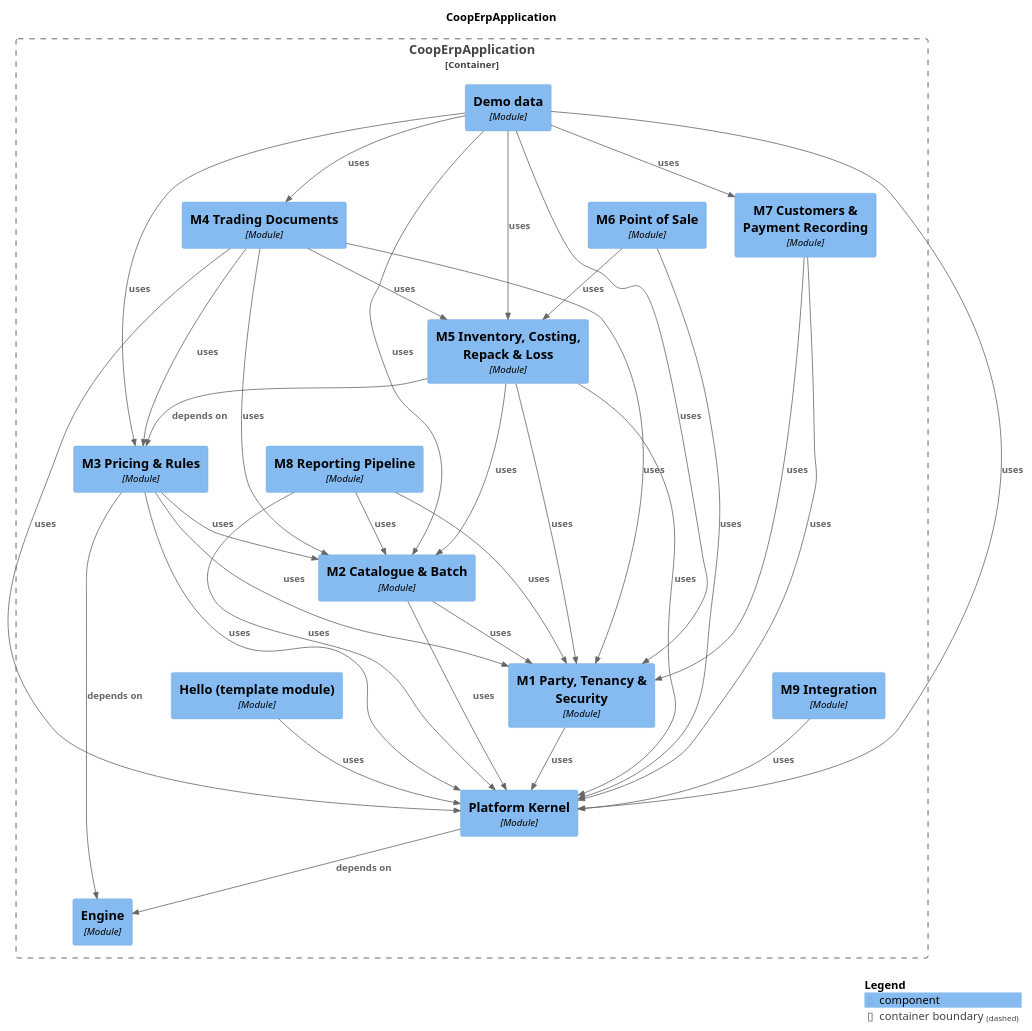
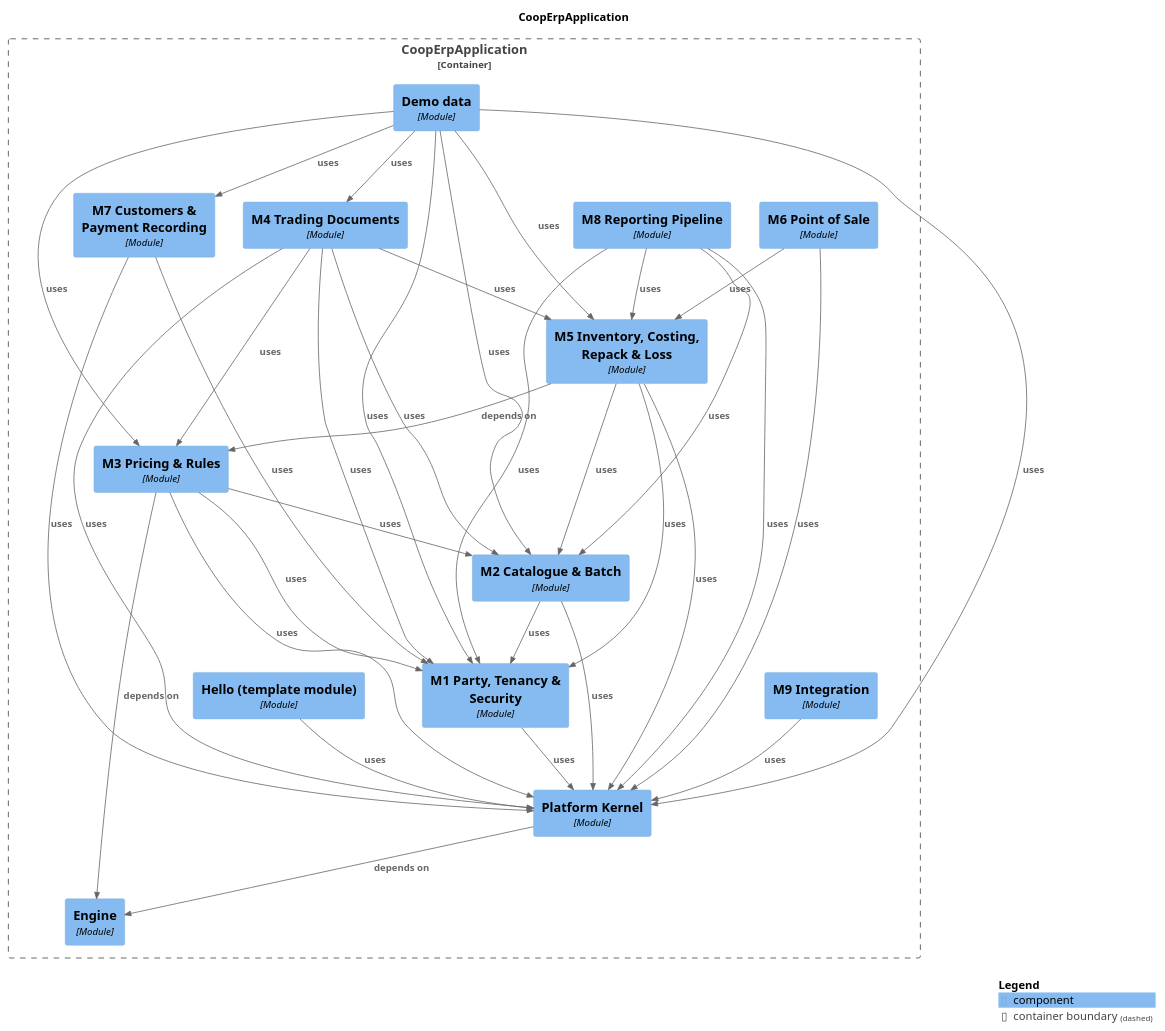
The diagram in docs/modules/components.puml (Knoweb/COOP_ERP), drawn with PlantUML before and after one commit. The commit also changed 35 other files, not shown here.

```diff
--- a/docs/modules/components.puml
+++ b/docs/modules/components.puml
@@ -1,62 +1,63 @@
 @startuml
 set separator none
 title CoopErpApplication
 
 top to bottom direction
 
 !include <C4/C4>
 !include <C4/C4_Context>
 !include <C4/C4_Component>
 
 Container_Boundary("CoopErpApplication.CoopErpApplication_boundary", "CoopErpApplication", $tags="") {
   Component(CoopErpApplication.CoopErpApplication.M7CustomersPaymentRecording, "M7 Customers & Payment Recording", $techn="Module", $descr="", $tags="", $link="")
   Component(CoopErpApplication.CoopErpApplication.M3PricingRules, "M3 Pricing & Rules", $techn="Module", $descr="", $tags="", $link="")
-  Component(CoopErpApplication.CoopErpApplication.M8ReportingPipeline, "M8 Reporting Pipeline", $techn="Module", $descr="", $tags="", $link="")
   Component(CoopErpApplication.CoopErpApplication.M5InventoryCostingRepackLoss, "M5 Inventory, Costing, Repack & Loss", $techn="Module", $descr="", $tags="", $link="")
   Component(CoopErpApplication.CoopErpApplication.M4TradingDocuments, "M4 Trading Documents", $techn="Module", $descr="", $tags="", $link="")
   Component(CoopErpApplication.CoopErpApplication.M6PointofSale, "M6 Point of Sale", $techn="Module", $descr="", $tags="", $link="")
+  Component(CoopErpApplication.CoopErpApplication.M8ReportingPipeline, "M8 Reporting Pipeline", $techn="Module", $descr="", $tags="", $link="")
   Component(CoopErpApplication.CoopErpApplication.Demodata, "Demo data", $techn="Module", $descr="", $tags="", $link="")
   Component(CoopErpApplication.CoopErpApplication.Engine, "Engine", $techn="Module", $descr="", $tags="", $link="")
   Component(CoopErpApplication.CoopErpApplication.PlatformKernel, "Platform Kernel", $techn="Module", $descr="", $tags="", $link="")
   Component(CoopErpApplication.CoopErpApplication.Hellotemplatemodule, "Hello (template module)", $techn="Module", $descr="", $tags="", $link="")
   Component(CoopErpApplication.CoopErpApplication.M1PartyTenancySecurity, "M1 Party, Tenancy & Security", $techn="Module", $descr="", $tags="", $link="")
   Component(CoopErpApplication.CoopErpApplication.M9Integration, "M9 Integration", $techn="Module", $descr="", $tags="", $link="")
   Component(CoopErpApplication.CoopErpApplication.M2CatalogueBatch, "M2 Catalogue & Batch", $techn="Module", $descr="", $tags="", $link="")
 }
 
 Rel(CoopErpApplication.CoopErpApplication.Demodata, CoopErpApplication.CoopErpApplication.M1PartyTenancySecurity, "uses", $techn="", $tags="", $link="")
 Rel(CoopErpApplication.CoopErpApplication.Demodata, CoopErpApplication.CoopErpApplication.M2CatalogueBatch, "uses", $techn="", $tags="", $link="")
 Rel(CoopErpApplication.CoopErpApplication.Demodata, CoopErpApplication.CoopErpApplication.M3PricingRules, "uses", $techn="", $tags="", $link="")
 Rel(CoopErpApplication.CoopErpApplication.Demodata, CoopErpApplication.CoopErpApplication.M4TradingDocuments, "uses", $techn="", $tags="", $link="")
 Rel(CoopErpApplication.CoopErpApplication.Demodata, CoopErpApplication.CoopErpApplication.M5InventoryCostingRepackLoss, "uses", $techn="", $tags="", $link="")
 Rel(CoopErpApplication.CoopErpApplication.Demodata, CoopErpApplication.CoopErpApplication.M7CustomersPaymentRecording, "uses", $techn="", $tags="", $link="")
 Rel(CoopErpApplication.CoopErpApplication.Demodata, CoopErpApplication.CoopErpApplication.PlatformKernel, "uses", $techn="", $tags="", $link="")
 Rel(CoopErpApplication.CoopErpApplication.Hellotemplatemodule, CoopErpApplication.CoopErpApplication.PlatformKernel, "uses", $techn="", $tags="", $link="")
 Rel(CoopErpApplication.CoopErpApplication.M1PartyTenancySecurity, CoopErpApplication.CoopErpApplication.PlatformKernel, "uses", $techn="", $tags="", $link="")
 Rel(CoopErpApplication.CoopErpApplication.M2CatalogueBatch, CoopErpApplication.CoopErpApplication.M1PartyTenancySecurity, "uses", $techn="", $tags="", $link="")
 Rel(CoopErpApplication.CoopErpApplication.M2CatalogueBatch, CoopErpApplication.CoopErpApplication.PlatformKernel, "uses", $techn="", $tags="", $link="")
 Rel(CoopErpApplication.CoopErpApplication.M3PricingRules, CoopErpApplication.CoopErpApplication.Engine, "depends on", $techn="", $tags="", $link="")
 Rel(CoopErpApplication.CoopErpApplication.M3PricingRules, CoopErpApplication.CoopErpApplication.M1PartyTenancySecurity, "uses", $techn="", $tags="", $link="")
 Rel(CoopErpApplication.CoopErpApplication.M3PricingRules, CoopErpApplication.CoopErpApplication.M2CatalogueBatch, "uses", $techn="", $tags="", $link="")
 Rel(CoopErpApplication.CoopErpApplication.M3PricingRules, CoopErpApplication.CoopErpApplication.PlatformKernel, "uses", $techn="", $tags="", $link="")
 Rel(CoopErpApplication.CoopErpApplication.M4TradingDocuments, CoopErpApplication.CoopErpApplication.M1PartyTenancySecurity, "uses", $techn="", $tags="", $link="")
 Rel(CoopErpApplication.CoopErpApplication.M4TradingDocuments, CoopErpApplication.CoopErpApplication.M2CatalogueBatch, "uses", $techn="", $tags="", $link="")
 Rel(CoopErpApplication.CoopErpApplication.M4TradingDocuments, CoopErpApplication.CoopErpApplication.M3PricingRules, "uses", $techn="", $tags="", $link="")
 Rel(CoopErpApplication.CoopErpApplication.M4TradingDocuments, CoopErpApplication.CoopErpApplication.M5InventoryCostingRepackLoss, "uses", $techn="", $tags="", $link="")
 Rel(CoopErpApplication.CoopErpApplication.M4TradingDocuments, CoopErpApplication.CoopErpApplication.PlatformKernel, "uses", $techn="", $tags="", $link="")
 Rel(CoopErpApplication.CoopErpApplication.M5InventoryCostingRepackLoss, CoopErpApplication.CoopErpApplication.M1PartyTenancySecurity, "uses", $techn="", $tags="", $link="")
 Rel(CoopErpApplication.CoopErpApplication.M5InventoryCostingRepackLoss, CoopErpApplication.CoopErpApplication.M2CatalogueBatch, "uses", $techn="", $tags="", $link="")
 Rel(CoopErpApplication.CoopErpApplication.M5InventoryCostingRepackLoss, CoopErpApplication.CoopErpApplication.M3PricingRules, "depends on", $techn="", $tags="", $link="")
 Rel(CoopErpApplication.CoopErpApplication.M5InventoryCostingRepackLoss, CoopErpApplication.CoopErpApplication.PlatformKernel, "uses", $techn="", $tags="", $link="")
 Rel(CoopErpApplication.CoopErpApplication.M6PointofSale, CoopErpApplication.CoopErpApplication.M5InventoryCostingRepackLoss, "uses", $techn="", $tags="", $link="")
 Rel(CoopErpApplication.CoopErpApplication.M6PointofSale, CoopErpApplication.CoopErpApplication.PlatformKernel, "uses", $techn="", $tags="", $link="")
 Rel(CoopErpApplication.CoopErpApplication.M7CustomersPaymentRecording, CoopErpApplication.CoopErpApplication.M1PartyTenancySecurity, "uses", $techn="", $tags="", $link="")
 Rel(CoopErpApplication.CoopErpApplication.M7CustomersPaymentRecording, CoopErpApplication.CoopErpApplication.PlatformKernel, "uses", $techn="", $tags="", $link="")
 Rel(CoopErpApplication.CoopErpApplication.M8ReportingPipeline, CoopErpApplication.CoopErpApplication.M1PartyTenancySecurity, "uses", $techn="", $tags="", $link="")
 Rel(CoopErpApplication.CoopErpApplication.M8ReportingPipeline, CoopErpApplication.CoopErpApplication.M2CatalogueBatch, "uses", $techn="", $tags="", $link="")
+Rel(CoopErpApplication.CoopErpApplication.M8ReportingPipeline, CoopErpApplication.CoopErpApplication.M5InventoryCostingRepackLoss, "uses", $techn="", $tags="", $link="")
 Rel(CoopErpApplication.CoopErpApplication.M8ReportingPipeline, CoopErpApplication.CoopErpApplication.PlatformKernel, "uses", $techn="", $tags="", $link="")
 Rel(CoopErpApplication.CoopErpApplication.M9Integration, CoopErpApplication.CoopErpApplication.PlatformKernel, "uses", $techn="", $tags="", $link="")
 Rel(CoopErpApplication.CoopErpApplication.PlatformKernel, CoopErpApplication.CoopErpApplication.Engine, "depends on", $techn="", $tags="", $link="")
 
 SHOW_LEGEND(true)
 @enduml
```
